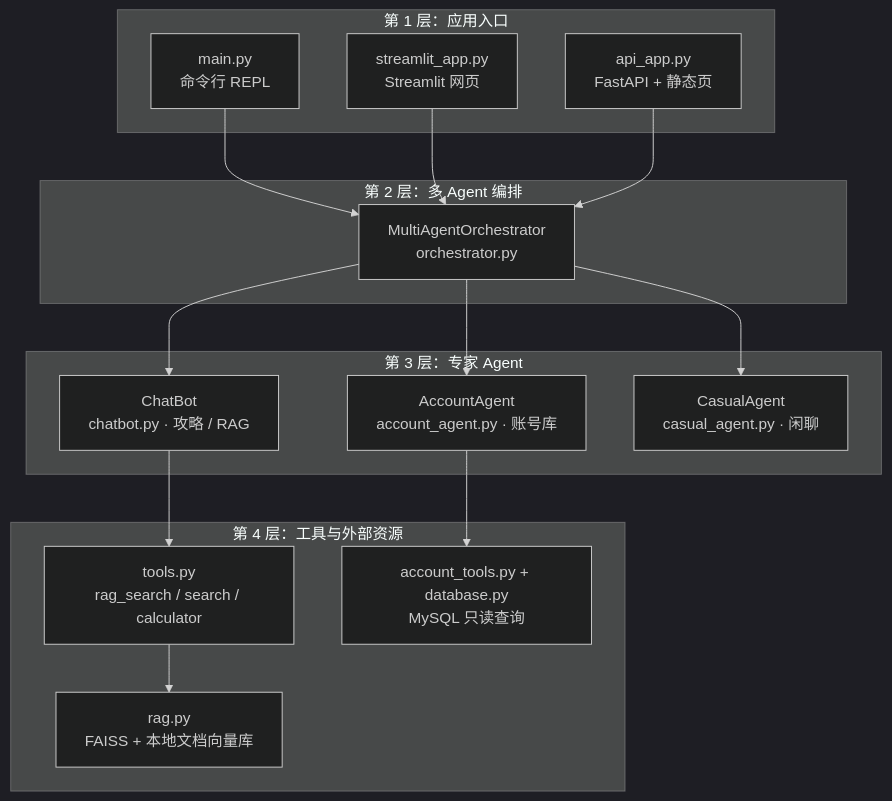
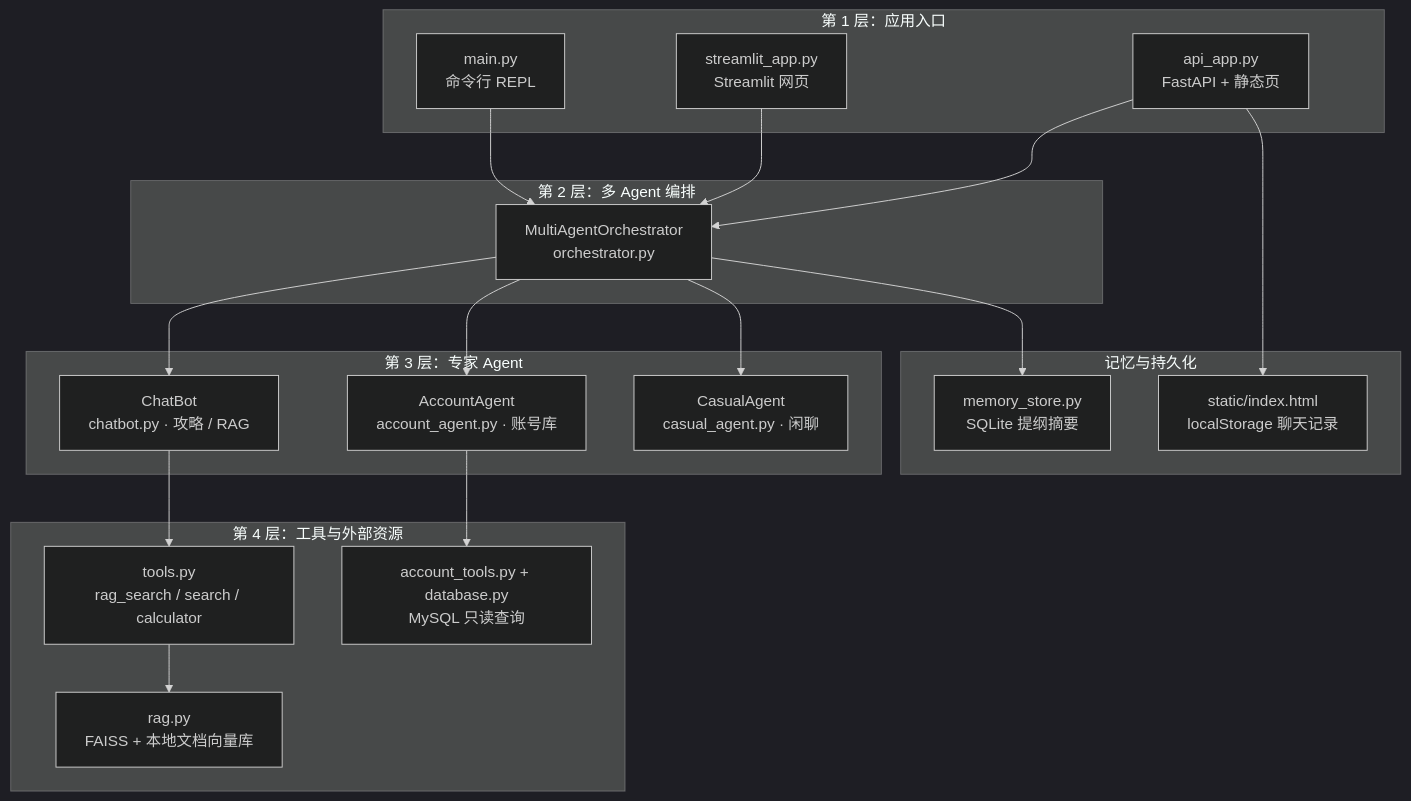
Before and after one commit to Jcshl/Multi-Agent-demo: the first of 6 diagrams in ARCHITECTURE.md, drawn with Mermaid (dark theme). The commit also changed other lines of this file and 13 other files, not shown here.

Commit message:
Add session memory, multi-chat UI, cross-agent context; crypto hint for MySQL; update ARCHITECTURE

````diff
--- a/ARCHITECTURE.md
+++ b/ARCHITECTURE.md
@@ -9,34 +9,41 @@
 ```mermaid
 flowchart TB
     subgraph L1["第 1 层：应用入口"]
         CLI["main.py<br/>命令行 REPL"]
         ST["streamlit_app.py<br/>Streamlit 网页"]
         API["api_app.py<br/>FastAPI + 静态页"]
     end
 
     subgraph L2["第 2 层：多 Agent 编排"]
         ORCH["MultiAgentOrchestrator<br/>orchestrator.py"]
     end
 
     subgraph L3["第 3 层：专家 Agent"]
         GAME["ChatBot<br/>chatbot.py · 攻略 / RAG"]
         ACC["AccountAgent<br/>account_agent.py · 账号库"]
         CAS["CasualAgent<br/>casual_agent.py · 闲聊"]
     end
 
     subgraph L4["第 4 层：工具与外部资源"]
         T1["tools.py<br/>rag_search / search / calculator"]
         T2["account_tools.py + database.py<br/>MySQL 只读查询"]
         RAG["rag.py<br/>FAISS + 本地文档向量库"]
     end
 
+    subgraph MEM["记忆与持久化"]
+        MS["memory_store.py<br/>SQLite 提纲摘要"]
+        WEB["static/index.html<br/>localStorage 聊天记录"]
+    end
+
     CLI --> ORCH
     ST --> ORCH
     API --> ORCH
     ORCH --> GAME
     ORCH --> ACC
     ORCH --> CAS
     GAME --> T1
     T1 --> RAG
     ACC --> T2
+    ORCH --> MS
+    API --> WEB
 ```
````
